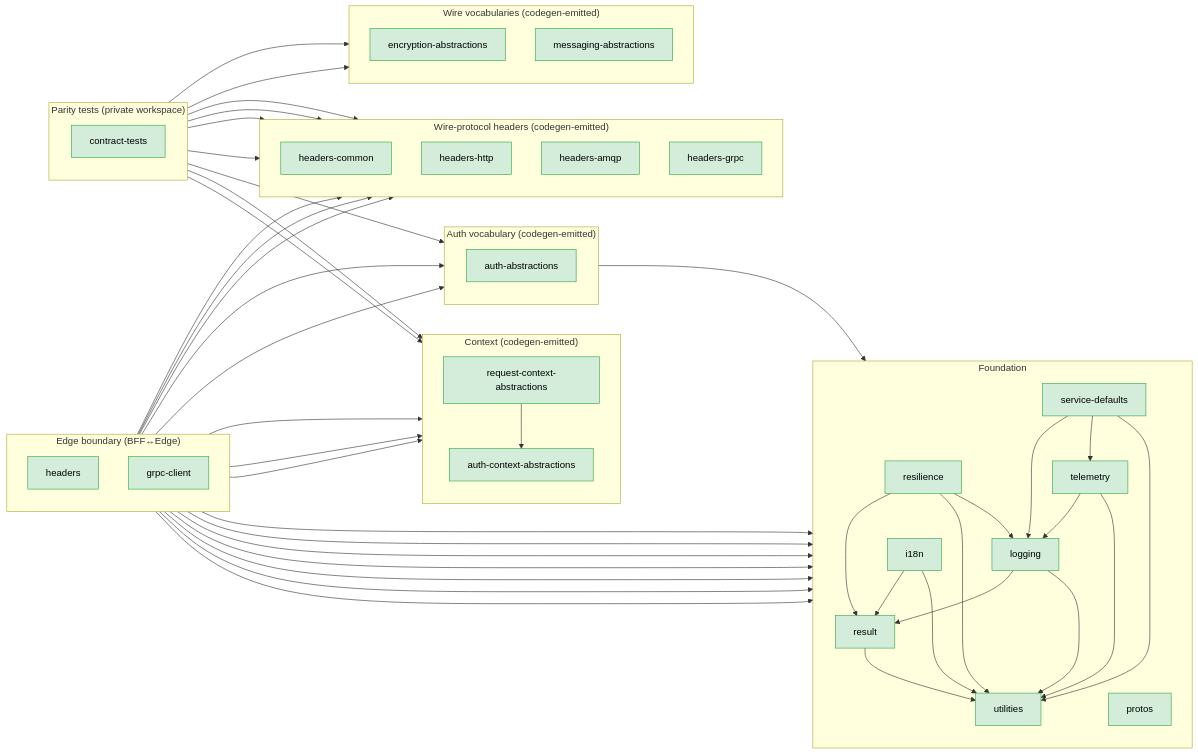
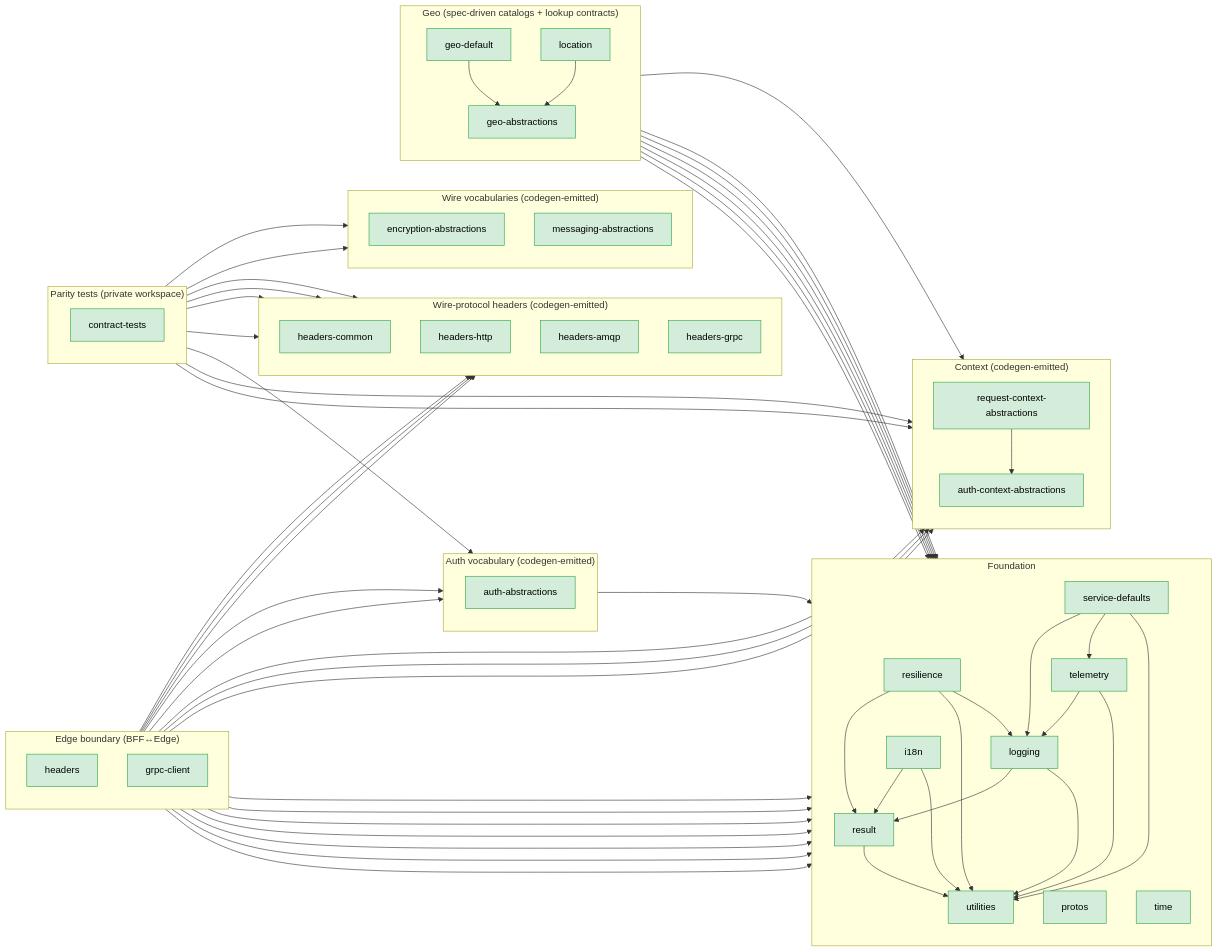
The diagram in server/shared/typescript/README.md (DSCV-io/D2-WORX), drawn with Mermaid before and after one commit. The commit also changed other lines of this file and 607 other files, not shown here.

First line of the commit message:
feat(geo): 0009 deliverable Steps 0-4 — geo reference data libs + Location lib + framework hardening

````diff
--- a/server/shared/typescript/README.md
+++ b/server/shared/typescript/README.md
@@ -53,6 +57,7 @@
         Telemetry[telemetry]
         ServiceDefaults[service-defaults]
         Protos[protos]
+        Time[time]
     end
 
     subgraph CTX["Context (codegen-emitted)"]
@@ -82,6 +87,31 @@
         direction TB
         EncryptionAbs[encryption-abstractions]
         MessagingAbs[messaging-abstractions]
+    end
+
+    subgraph GEO["Geo (spec-driven catalogs + lookup contracts)"]
+        direction TB
+        GeoAbs[geo-abstractions]
+        GeoDefault[geo-default]
+        Location[location]
+
+        GeoDefault --> GeoAbs
+        GeoAbs --> Result
+        GeoAbs --> Utilities
+
+        %% geo-default also depends on result + utilities for D2Result
+        %% factories + truthyOrUndefined boundary helper, and on
+        %% request-context-abstractions for IRequestContext typed accessors.
+        GeoDefault --> Result
+        GeoDefault --> Utilities
+        GeoDefault --> ReqCtxAbs
+
+        %% location depends on geo-abstractions (CountryCode + SubdivisionCode
+        %% + parent-country derivation) plus the foundation Result + Utilities
+        %% — pure-domain by design (no geo-default).
+        Location --> GeoAbs
+        Location --> Result
+        Location --> Utilities
     end
 
     subgraph BOUNDARY["Edge boundary (BFF↔Edge)"]
@@ -136,5 +166,5 @@
     ServiceDefaults --> Telemetry
     ServiceDefaults --> Utilities
 
-    class Result,Utilities,Resilience,I18n,Logging,Telemetry,ServiceDefaults,Protos,AuthCtxAbs,ReqCtxAbs,AuthAbs,HeadersCommon,HeadersHttp,HeadersAmqp,HeadersGrpc,EncryptionAbs,MessagingAbs,Headers,GrpcClient,ContractTests built
+    class Result,Utilities,Resilience,I18n,Logging,Telemetry,ServiceDefaults,Protos,Time,AuthCtxAbs,ReqCtxAbs,AuthAbs,HeadersCommon,HeadersHttp,HeadersAmqp,HeadersGrpc,EncryptionAbs,MessagingAbs,Headers,GrpcClient,ContractTests,GeoAbs,GeoDefault,Location built
 ```
````
